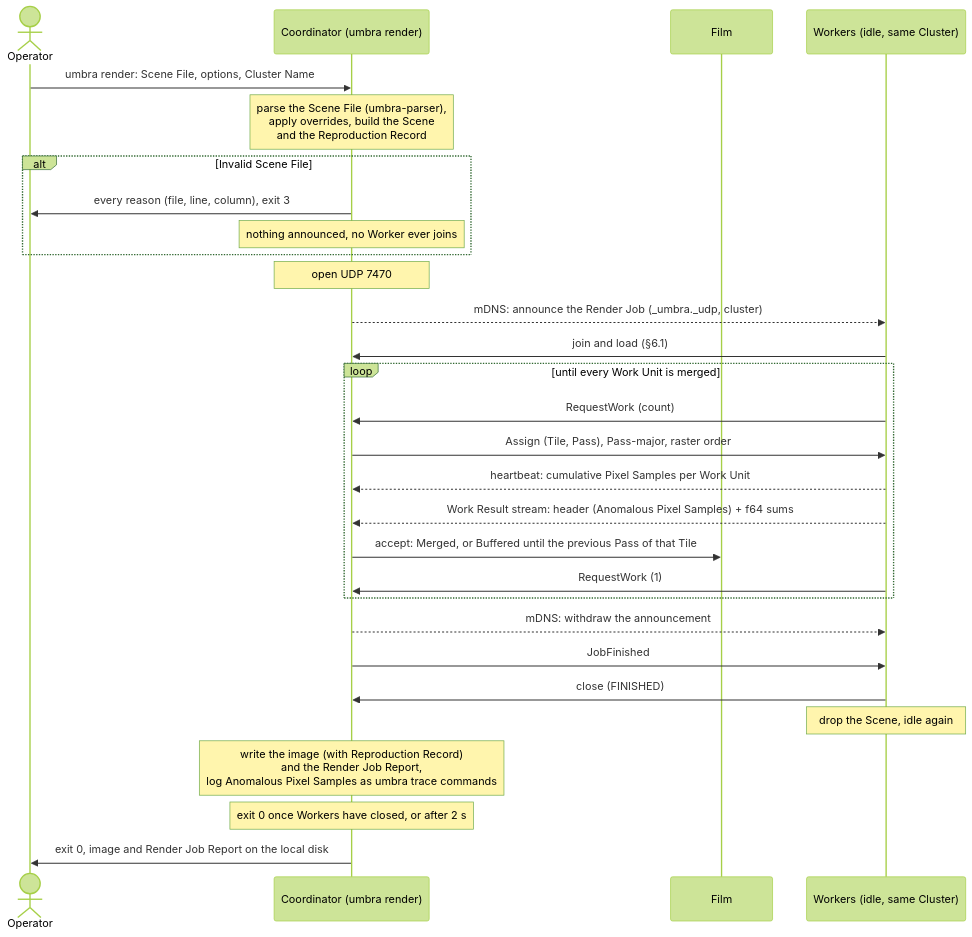
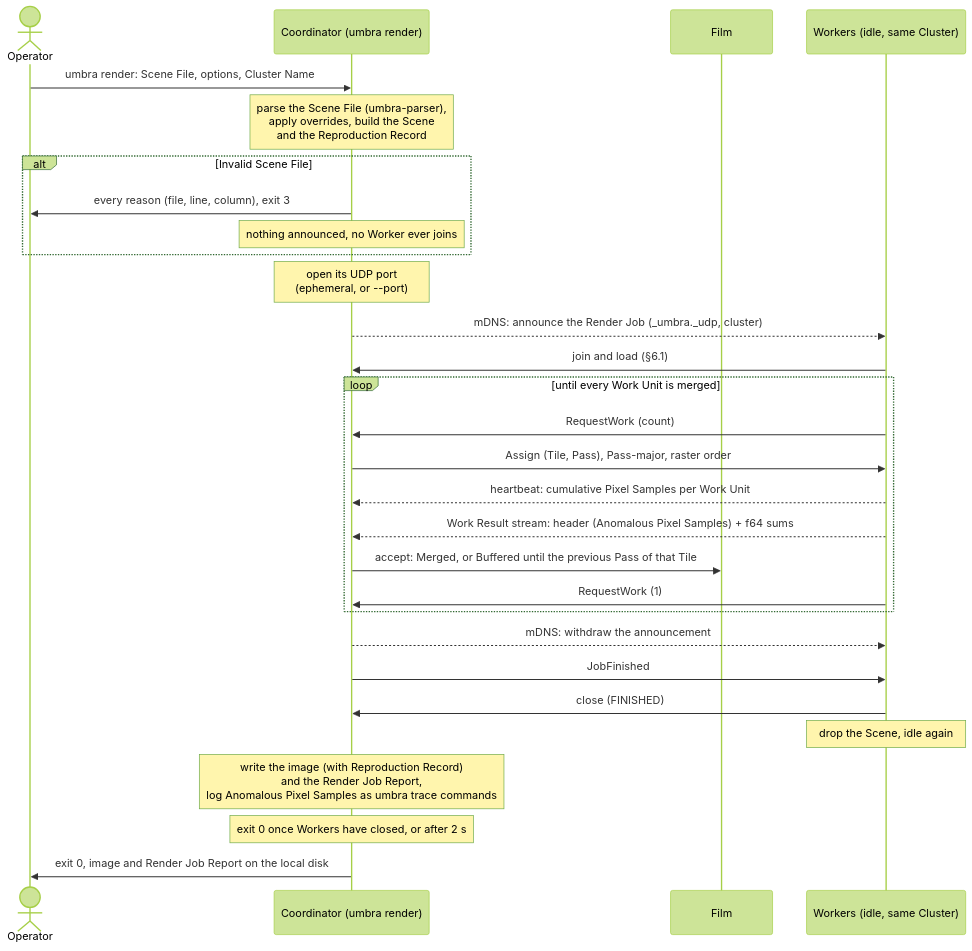
Before and after one commit to sergioffpc/umbra: the second of 6 diagrams in docs/architecture/06-runtime-view.md, drawn with Mermaid (forest theme). The commit also changed other lines of this file and 8 other files, not shown here.

First line of the commit message:
docs(adr): default the coordinator to an ephemeral port

````diff
--- a/docs/architecture/06-runtime-view.md
+++ b/docs/architecture/06-runtime-view.md
@@ -49,31 +49,31 @@
 ```mermaid
 sequenceDiagram
     actor O as Operator
     participant C as Coordinator (umbra render)
     participant F as Film
     participant W as Workers (idle, same Cluster)
     O->>C: umbra render: Scene File, options, Cluster Name
     Note over C: parse the Scene File (umbra-parser),<br/>apply overrides, build the Scene<br/>and the Reproduction Record
     alt Invalid Scene File
         C->>O: every reason (file, line, column), exit 3
         Note over C: nothing announced, no Worker ever joins
     end
-    Note over C: open UDP 7470
+    Note over C: open its UDP port<br/>(ephemeral, or --port)
     C-->>W: mDNS: announce the Render Job (_umbra._udp, cluster)
     W->>C: join and load (§6.1)
     loop until every Work Unit is merged
         W->>C: RequestWork (count)
         C->>W: Assign (Tile, Pass), Pass-major, raster order
         W-->>C: heartbeat: cumulative Pixel Samples per Work Unit
         W-->>C: Work Result stream: header (Anomalous Pixel Samples) + f64 sums
         C->>F: accept: Merged, or Buffered until the previous Pass of that Tile
         W->>C: RequestWork (1)
     end
     C-->>W: mDNS: withdraw the announcement
     C->>W: JobFinished
     W->>C: close (FINISHED)
     Note over W: drop the Scene, idle again
     Note over C: write the image (with Reproduction Record)<br/>and the Render Job Report,<br/>log Anomalous Pixel Samples as umbra trace commands
     Note over C: exit 0 once Workers have closed, or after 2 s
     C->>O: exit 0, image and Render Job Report on the local disk
 ```
````
